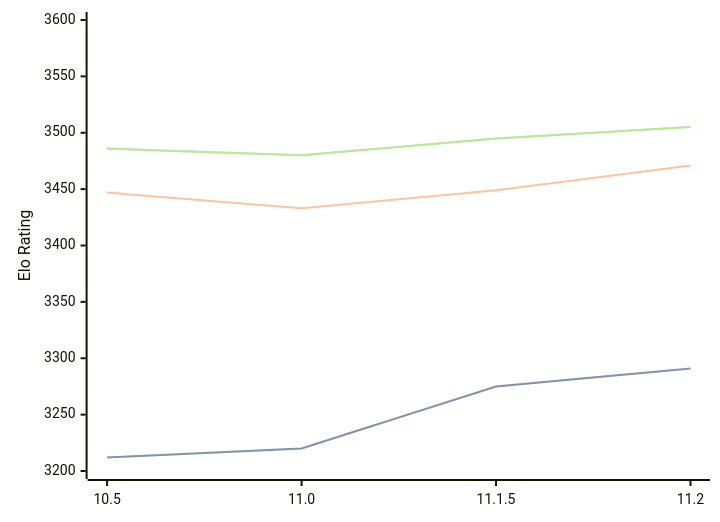
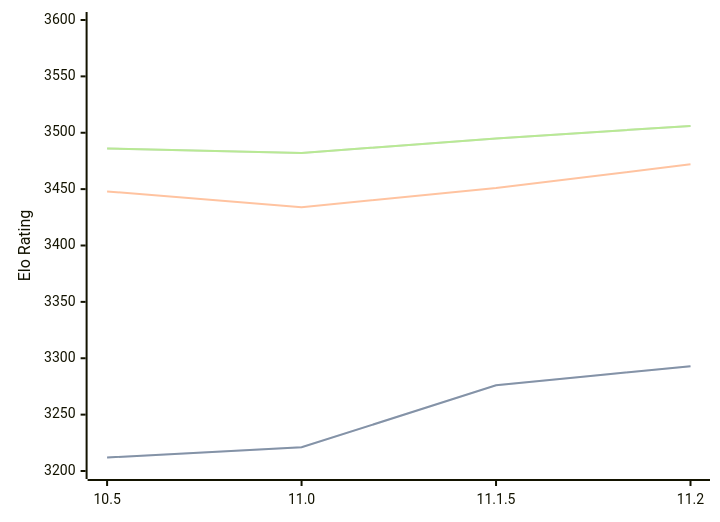
One commit to computer-chess-index/cci changed the diagram in engines/Lizard.md. Above: the diagram before and after it, drawn with Mermaid. The commit also changed other lines of this file, not shown here.

Commit message:
Update CCI Ratings (ELO VLTC) - 2026-07-25

````diff
--- a/engines/Lizard.md
+++ b/engines/Lizard.md
@@ -46,11 +46,11 @@
 ```mermaid
 %%{init: {"theme":"base","themeVariables":{"seriesColors:['#a3a3a3','#222221','#faa371']}}}%%
 xychart-beta
   x-axis ["10.5", "11.0", "11.1.5", "11.2"]
   y-axis "Elo Rating" 3200 --> 3600
-  line "STC (8.0+0.08s)" [3212, 3220, 3275, 3291]
-  line "STC (8.0+0.08s)" [3212, 3220, 3275, 3291]
-  line "LTC (60.0+0.60s)" [3447, 3433, 3449, 3471]
-  line "VLTC (2m24s+1.12s)" [3486, 3480, 3495, 3505]
-  line "VLTC (2m24s+1.12s)" [3486, 3480, 3495, 3505]
+  line "STC (8.0+0.08s)" [3212, 3221, 3276, 3293]
+  line "STC (8.0+0.08s)" [3212, 3221, 3276, 3293]
+  line "LTC (60.0+0.60s)" [3448, 3434, 3451, 3472]
+  line "VLTC (2m24s+1.12s)" [3486, 3482, 3495, 3506]
+  line "VLTC (2m24s+1.12s)" [3486, 3482, 3495, 3506]
 ```
````
